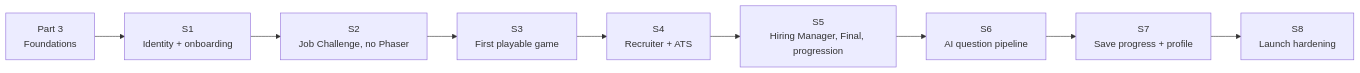
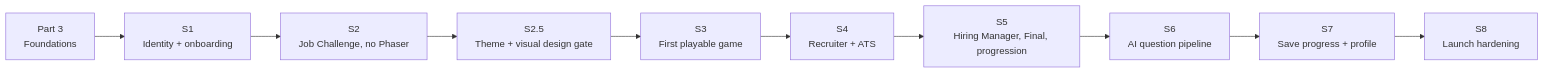
Before and after one commit to ricardoverita/cv-rush: the diagram in docs/architecture/22-implementation-plan.md, drawn with Mermaid. The commit also changed other lines of this file and 1 other file, not shown here.

First line of the commit message:
docs: add a visual design gate before the game engine

````diff
--- a/docs/architecture/22-implementation-plan.md
+++ b/docs/architecture/22-implementation-plan.md
@@ -9,11 +9,12 @@
 ```mermaid
 flowchart LR
   p3["Part 3<br/>Foundations"] --> s1["S1<br/>Identity + onboarding"]
   s1 --> s2["S2<br/>Job Challenge, no Phaser"]
-  s2 --> s3["S3<br/>First playable game"]
+  s2 --> s25["S2.5<br/>Theme + visual design gate"]
+  s25 --> s3["S3<br/>First playable game"]
   s3 --> s4["S4<br/>Recruiter + ATS"]
   s4 --> s5["S5<br/>Hiring Manager, Final, progression"]
   s5 --> s6["S6<br/>AI question pipeline"]
   s6 --> s7["S7<br/>Save progress + profile"]
   s7 --> s8["S8<br/>Launch hardening"]
 ```
````
